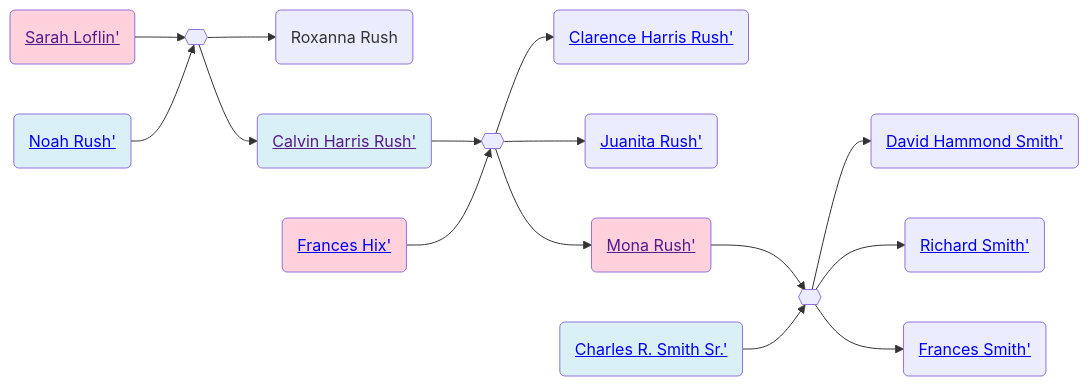
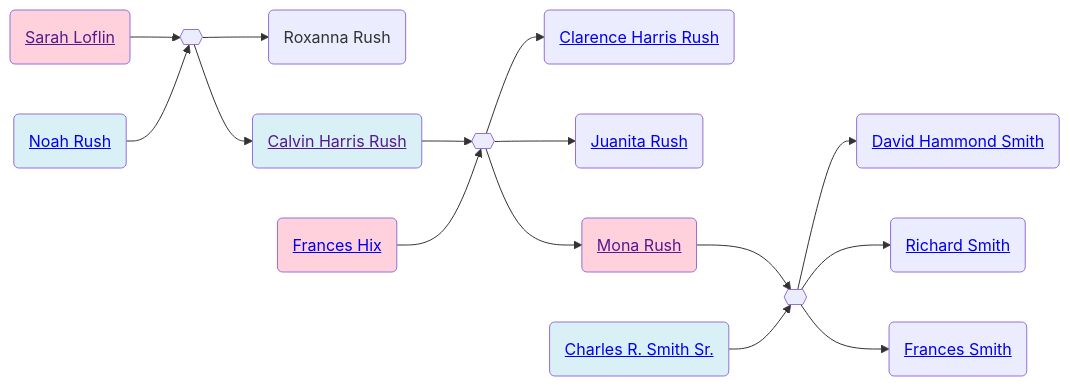
One commit to neelsmith/avocational changed the second of 2 diagrams in familyhistory/sources/people/Randolph_county_lines/Loflin/Sarah_Loflin.qmd. Above: the diagram before and after it, drawn with Mermaid. The commit also changed other lines of this file and 96 other files, not shown here.

````diff
--- a/familyhistory/sources/people/Randolph_county_lines/Loflin/Sarah_Loflin.qmd
+++ b/familyhistory/sources/people/Randolph_county_lines/Loflin/Sarah_Loflin.qmd
@@ -45,41 +45,41 @@
 ```{mermaid}
 graph LR
 %% LR descendant diagram
 class Sarah_Loflin_and_Noah_Rush marriage
-Sarah_Loflin(<a href=''>Sarah Loflin'</>) --> Sarah_Loflin_and_Noah_Rush{{ }}
-Noah_Rush(<a href='./../../Rush-line/Noah_Rush.html'>Noah Rush'</>) --> Sarah_Loflin_and_Noah_Rush{{ }}
+Sarah_Loflin(<a href=''>Sarah Loflin</a>) --> Sarah_Loflin_and_Noah_Rush{{ }}
+Noah_Rush(<a href='./../../Rush-line/Noah_Rush.html'>Noah Rush</a>) --> Sarah_Loflin_and_Noah_Rush{{ }}
 class ? father
 class ? mother
 Sarah_Loflin_and_Noah_Rush{{ }} --> Roxanna_Rush(Roxanna Rush)
 class Noah_Rush father
 class Sarah_Loflin mother
-Sarah_Loflin_and_Noah_Rush{{ }} --> Calvin_Harris_Rush(<a href='./../../Rush-line/Calvin_Harris_Rush.html'>Calvin Harris Rush'</>)
+Sarah_Loflin_and_Noah_Rush{{ }} --> Calvin_Harris_Rush(<a href='./../../Rush-line/Calvin_Harris_Rush.html'>Calvin Harris Rush</a>)
 class Calvin_Harris_Rush_and_Frances_Hix marriage
-Calvin_Harris_Rush(<a href=''>Calvin Harris Rush'</>) --> Calvin_Harris_Rush_and_Frances_Hix{{ }}
-Frances_Hix(<a href='./../Randolph_county_lines/Hicks/Frances_Hix.html'>Frances Hix'</>) --> Calvin_Harris_Rush_and_Frances_Hix{{ }}
+Calvin_Harris_Rush(<a href=''>Calvin Harris Rush</a>) --> Calvin_Harris_Rush_and_Frances_Hix{{ }}
+Frances_Hix(<a href='./../Randolph_county_lines/Hicks/Frances_Hix.html'>Frances Hix</a>) --> Calvin_Harris_Rush_and_Frances_Hix{{ }}
 class Calvin_Harris_Rush father
 class Frances_Hix mother
-Calvin_Harris_Rush_and_Frances_Hix{{ }} --> Clarence_Harris_Rush(<a href='./Clarence_Harris_Rush.html'>Clarence Harris Rush'</>)
+Calvin_Harris_Rush_and_Frances_Hix{{ }} --> Clarence_Harris_Rush(<a href='./Clarence_Harris_Rush.html'>Clarence Harris Rush</a>)
 class Calvin_Harris_Rush father
 class Frances_Hix mother
-Calvin_Harris_Rush_and_Frances_Hix{{ }} --> Juanita_Rush(<a href='./Juanita_Rush.html'>Juanita Rush'</>)
+Calvin_Harris_Rush_and_Frances_Hix{{ }} --> Juanita_Rush(<a href='./Juanita_Rush.html'>Juanita Rush</a>)
 class Calvin_Harris_Rush father
 class Frances_Hix mother
-Calvin_Harris_Rush_and_Frances_Hix{{ }} --> Mona_Rush(<a href='./Mona_Rush.html'>Mona Rush'</>)
+Calvin_Harris_Rush_and_Frances_Hix{{ }} --> Mona_Rush(<a href='./Mona_Rush.html'>Mona Rush</a>)
 class Mona_Rush_and_Charles_R._Smith_Sr. marriage
-Mona_Rush(<a href=''>Mona Rush'</>) --> Mona_Rush_and_Charles_R._Smith_Sr.{{ }}
-Charles_R._Smith_Sr.(<a href='./../Smith-line/Charles_R._Smith_Sr..html'>Charles R. Smith Sr.'</>) --> Mona_Rush_and_Charles_R._Smith_Sr.{{ }}
+Mona_Rush(<a href=''>Mona Rush</a>) --> Mona_Rush_and_Charles_R._Smith_Sr.{{ }}
+Charles_R._Smith_Sr.(<a href='./../Smith-line/Charles_R._Smith_Sr..html'>Charles R. Smith Sr.</a>) --> Mona_Rush_and_Charles_R._Smith_Sr.{{ }}
 class Charles_R._Smith_Sr. father
 class Mona_Rush mother
-Mona_Rush_and_Charles_R._Smith_Sr.{{ }} --> David_Hammond_Smith(<a href='./../Smith-line/David_Hammond_Smith.html'>David Hammond Smith'</>)
+Mona_Rush_and_Charles_R._Smith_Sr.{{ }} --> David_Hammond_Smith(<a href='./../Smith-line/David_Hammond_Smith.html'>David Hammond Smith</a>)
 class Charles_R._Smith_Sr. father
 class Mona_Rush mother
-Mona_Rush_and_Charles_R._Smith_Sr.{{ }} --> Richard_Smith(<a href='./../Smith-line/Richard_Smith.html'>Richard Smith'</>)
+Mona_Rush_and_Charles_R._Smith_Sr.{{ }} --> Richard_Smith(<a href='./../Smith-line/Richard_Smith.html'>Richard Smith</a>)
 class Charles_R._Smith_Sr. father
 class Mona_Rush mother
-Mona_Rush_and_Charles_R._Smith_Sr.{{ }} --> Frances_Smith(<a href='./../Smith-line/Frances_Smith.html'>Frances Smith'</>)
+Mona_Rush_and_Charles_R._Smith_Sr.{{ }} --> Frances_Smith(<a href='./../Smith-line/Frances_Smith.html'>Frances Smith</a>)
 classDef mother fill:#ffd1dc
 classDef father fill:#daf0f7  
 classDef marriage fill:#ffffff
 
 ```
````
